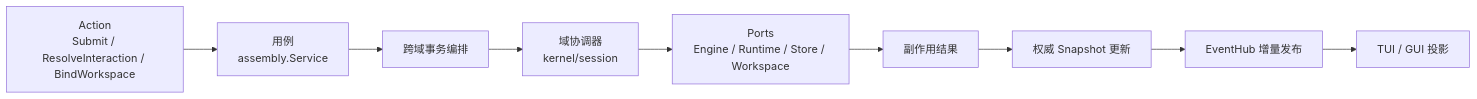
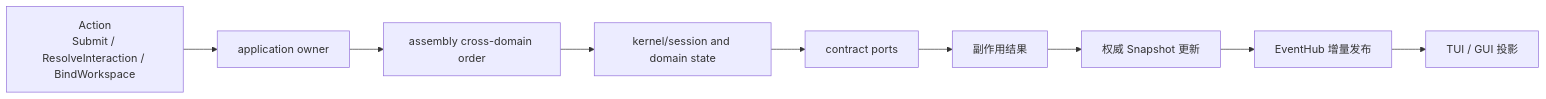
Before and after one commit to RedHuang-0622/seelex: the fourth of 5 diagrams in application/README.md, drawn with Mermaid. The commit also changed other lines of this file and 183 other files, not shown here.

````diff
--- a/application/README.md
+++ b/application/README.md
@@ -878,11 +890,11 @@
 ```mermaid
 flowchart LR
-    ACTION["Action<br/>Submit / ResolveInteraction / BindWorkspace"] --> USE["用例<br/>assembly.Service"]
-    USE --> TX["跨域事务编排"]
-    TX --> DOM["域协调器<br/>kernel/session"]
-    DOM --> PORT["Ports<br/>Engine / Runtime / Store / Workspace"]
+    ACTION["Action<br/>Submit / ResolveInteraction / BindWorkspace"] --> USE["application owner"]
+    USE --> TX["assembly cross-domain order"]
+    TX --> DOM["kernel/session and domain state"]
+    DOM --> PORT["contract ports"]
     PORT --> RESULT["副作用结果"]
     RESULT --> SNAP["权威 Snapshot 更新"]
     SNAP --> EV["EventHub 增量发布"]
     EV --> PROJ["TUI / GUI 投影"]
 ```
````
